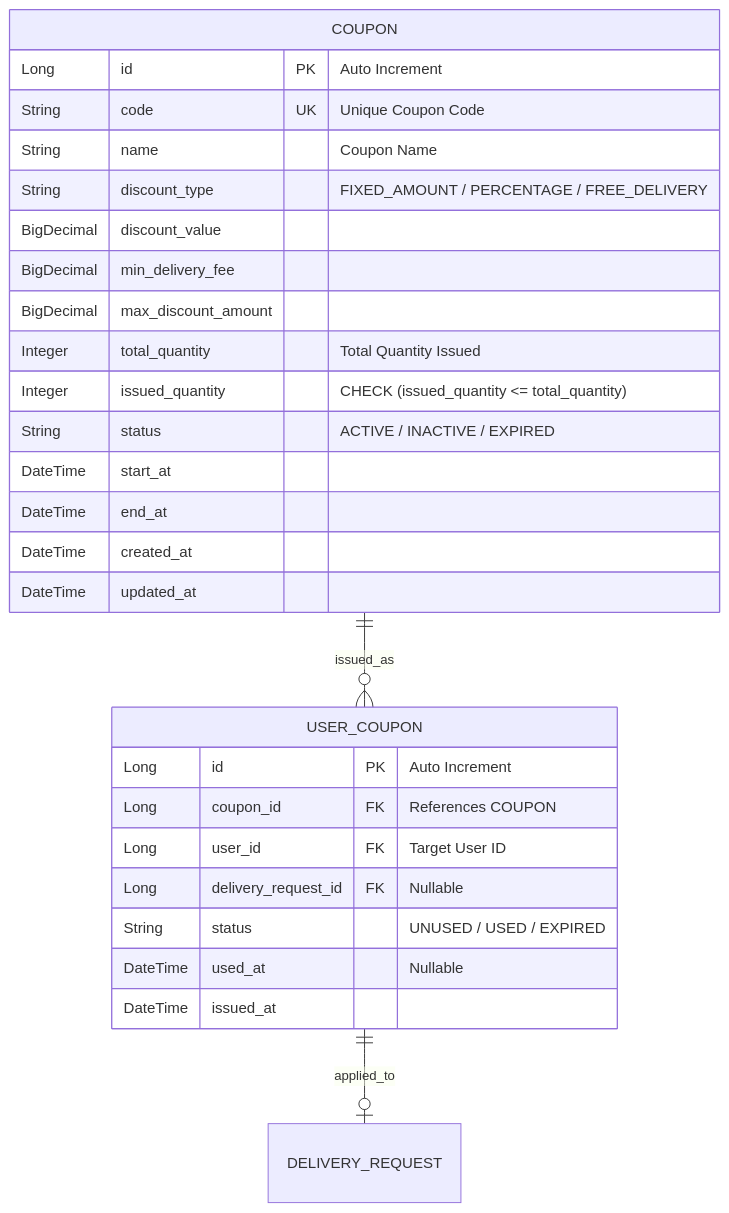
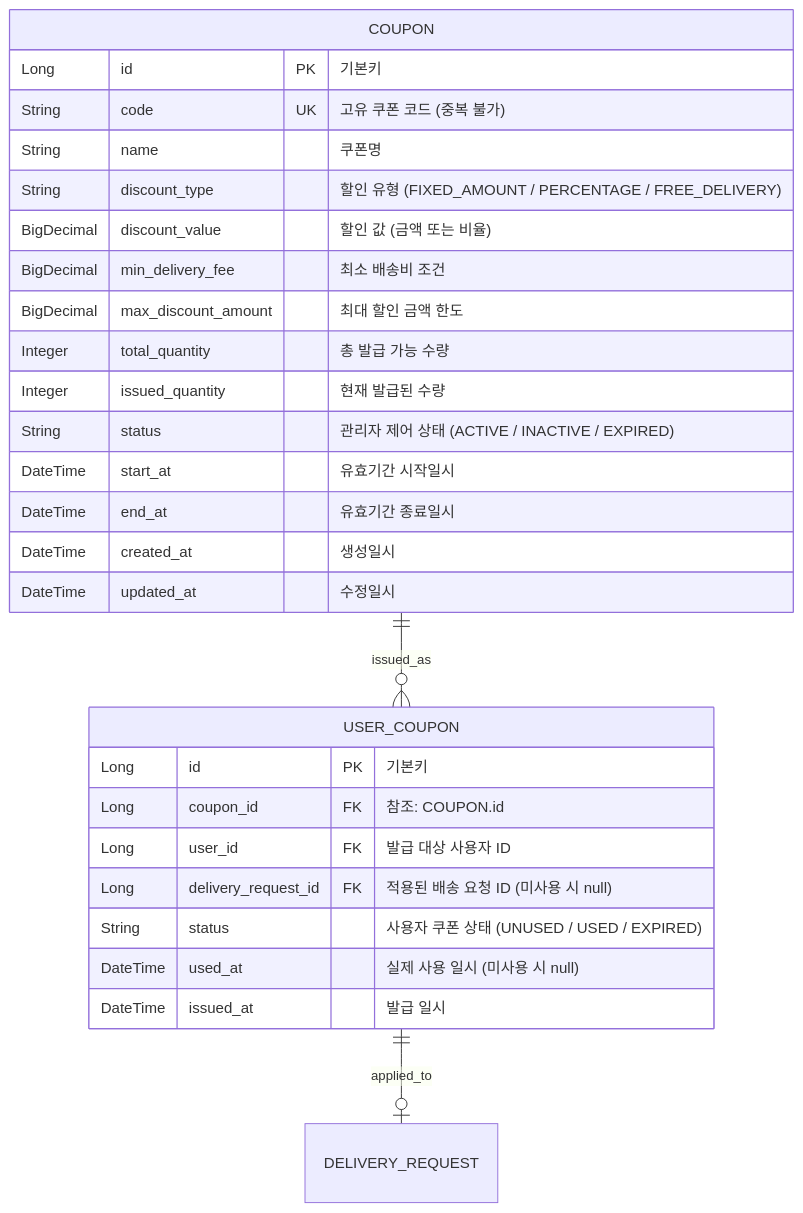
One commit to ShinhanDSProject/shinhan-delivery changed the diagram in docs/design/쿠폰-관리-기능-설계서.md. Above: the diagram before and after it, drawn with Mermaid. The commit also changed other lines of this file, not shown here.

Commit message:
CRUD 설계서 관리자 기준 추가 및 컬럼 설명 추가

````diff
--- a/docs/design/쿠폰-관리-기능-설계서.md
+++ b/docs/design/쿠폰-관리-기능-설계서.md
@@ -22,32 +49,45 @@
 ```mermaid
 erDiagram
-    COUPON ||--o{ USER_COUPON : "issued_as"
-    USER_COUPON ||--o| DELIVERY_REQUEST : "applied_to"
-    
-    COUPON {
-        Long id PK "Auto Increment"
-        String code UK "Unique Coupon Code"
-        String name "Coupon Name"
-        String discount_type "FIXED_AMOUNT / PERCENTAGE / FREE_DELIVERY"
-        BigDecimal discount_value
-        BigDecimal min_delivery_fee
-        BigDecimal max_discount_amount
-        Integer total_quantity "Total Quantity Issued"
-        Integer issued_quantity "CHECK (issued_quantity <= total_quantity)"
-        String status "ACTIVE / INACTIVE / EXPIRED"
-        DateTime start_at
-        DateTime end_at
-        DateTime created_at
-        DateTime updated_at
-    }
+%% ======================================================
+%% [엔티티 관계 정의]
+%% - COUPON : USER_COUPON (1:N) -> 쿠폰 마스터 1개당 여러 고객 발급
+%% - USER_COUPON : DELIVERY_REQUEST (1:0..1) -> 발급된 쿠폰은 배송 1건에 선택적 적용
+%% ======================================================
+  COUPON ||--o{ USER_COUPON : "issued_as"
+  USER_COUPON ||--o| DELIVERY_REQUEST : "applied_to"
 
-    USER_COUPON {
-        Long id PK "Auto Increment"
-        Long coupon_id FK "References COUPON"
-        Long user_id FK "Target User ID"
-        Long delivery_request_id FK "Nullable"
-        String status "UNUSED / USED / EXPIRED"
-        DateTime used_at "Nullable"
-        DateTime issued_at
-    }
+%% ======================================================
+%% [COUPON : 배송 쿠폰 마스터 테이블]
+%% 관리자가 생성 및 제어하는 쿠폰 정책 및 수량 관리
+%% ======================================================
+  COUPON {
+    Long id PK "기본키"
+    String code UK "고유 쿠폰 코드 (중복 불가)"
+    String name "쿠폰명"
+    String discount_type "할인 유형 (FIXED_AMOUNT / PERCENTAGE / FREE_DELIVERY)"
+    BigDecimal discount_value "할인 값 (금액 또는 비율)"
+    BigDecimal min_delivery_fee "최소 배송비 조건"
+    BigDecimal max_discount_amount "최대 할인 금액 한도"
+    Integer total_quantity "총 발급 가능 수량"
+    Integer issued_quantity "현재 발급된 수량"
+    String status "관리자 제어 상태 (ACTIVE / INACTIVE / EXPIRED)"
+    DateTime start_at "유효기간 시작일시"
+    DateTime end_at "유효기간 종료일시"
+    DateTime created_at "생성일시"
+    DateTime updated_at "수정일시"
+  }
+
+%% ======================================================
+%% [USER_COUPON : 사용자 발급 쿠폰 테이블]
+%% 고객에게 실제 발급된 쿠폰의 상태 및 사용 이력 관리
+%% ======================================================
+  USER_COUPON {
+    Long id PK "기본키"
+    Long coupon_id FK "참조: COUPON.id"
+    Long user_id FK "발급 대상 사용자 ID"
+    Long delivery_request_id FK "적용된 배송 요청 ID (미사용 시 null)"
+    String status "사용자 쿠폰 상태 (UNUSED / USED / EXPIRED)"
+    DateTime used_at "실제 사용 일시 (미사용 시 null)"
+    DateTime issued_at "발급 일시"
+  }
 ```
````
